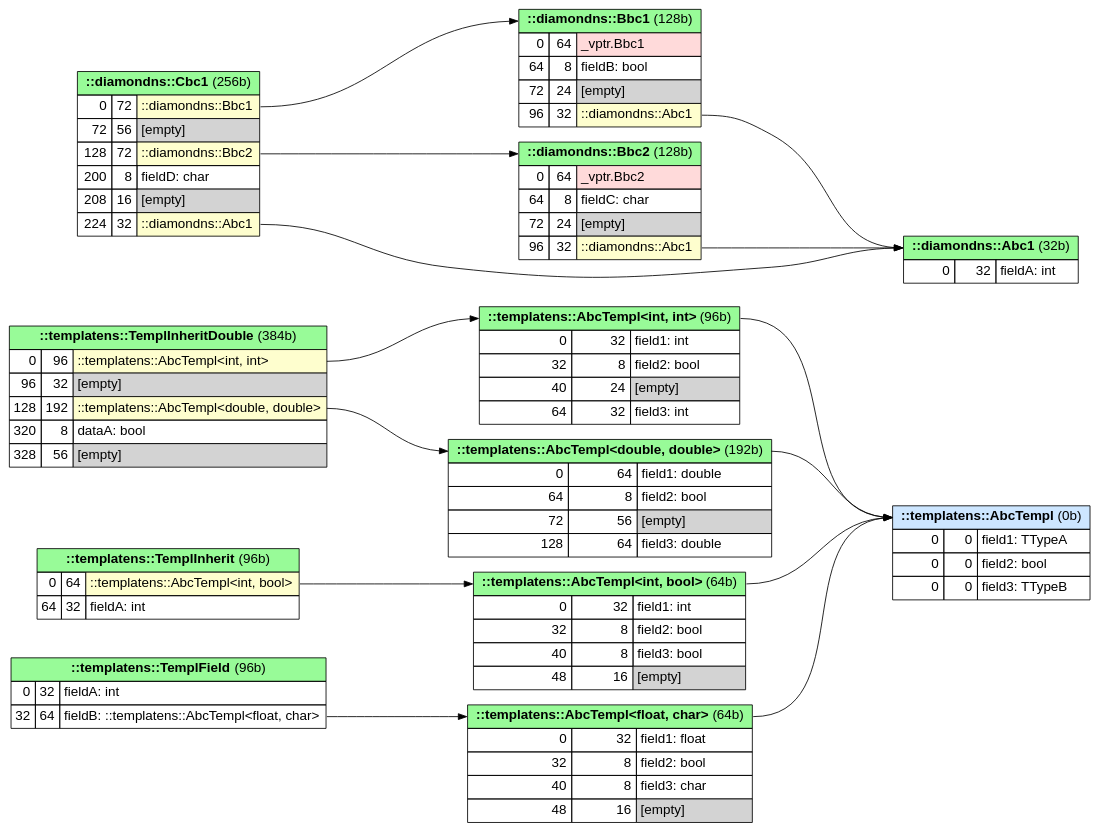
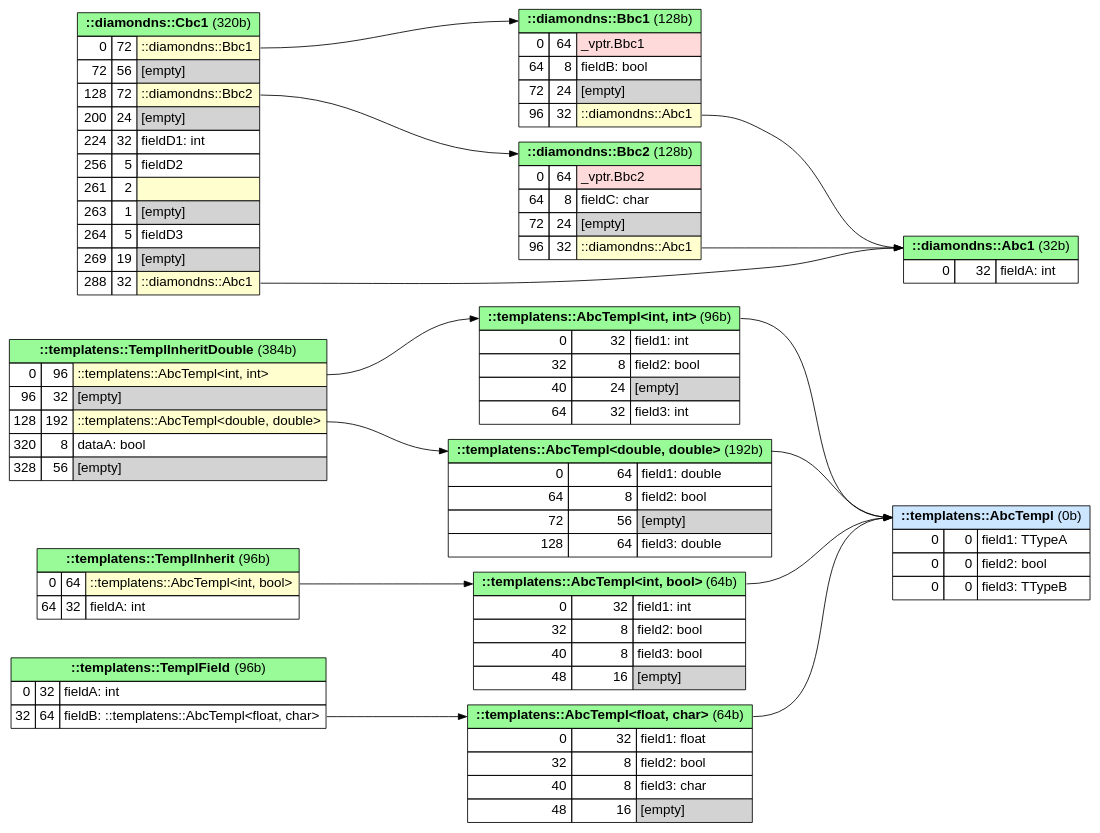
The diagram in examples/memlayout/mem_sample.cpp.dot (anetczuk/gcc-uml), drawn with Graphviz before and after one commit. The commit also changed 11 other files, not shown here.

```diff
--- a/examples/memlayout/mem_sample.cpp.dot
+++ b/examples/memlayout/mem_sample.cpp.dot
@@ -1,177 +1,182 @@
 digraph memory_layout {
 
 fontname="Helvetica,Arial,sans-serif"
 node [fontname="Helvetica,Arial,sans-serif"]
 edge [fontname="Helvetica,Arial,sans-serif"]
 
 graph [
     rankdir = "LR"
 ];
 node [
     fontsize = "16"
     shape = "record"
 ];
 
 ranksep = 2
 
 
 # items subgraph
 {
 
     "-templatens-TemplInheritDouble" [
         shape=plain
         label=
         <<table border="0" cellborder="1" cellspacing="0" cellpadding="4">
             <tr> <td colspan="3" bgcolor="PaleGreen" port='-1'> <b>::templatens::TemplInheritDouble</b>  (384b)</td> </tr>
             <tr> <td align="right" port='in_0'>0</td> <td align="right">96</td> <td align="left" bgcolor='#FEFECE' port='out_0'>::templatens::AbcTempl&lt;int, int&gt;</td> </tr>
             <tr> <td align="right" port='in_1'>96</td> <td align="right">32</td> <td align="left" bgcolor='lightgray' port='out_1'>[empty]</td> </tr>
             <tr> <td align="right" port='in_2'>128</td> <td align="right">192</td> <td align="left" bgcolor='#FEFECE' port='out_2'>::templatens::AbcTempl&lt;double, double&gt;</td> </tr>
             <tr> <td align="right" port='in_3'>320</td> <td align="right">8</td> <td align="left" port='out_3'>dataA: bool</td> </tr>
             <tr> <td align="right" port='in_4'>328</td> <td align="right">56</td> <td align="left" bgcolor='lightgray' port='out_4'>[empty]</td> </tr>
         </table>>
     ]
 
     "-templatens-TemplInherit" [
         shape=plain
         label=
         <<table border="0" cellborder="1" cellspacing="0" cellpadding="4">
             <tr> <td colspan="3" bgcolor="PaleGreen" port='-1'> <b>::templatens::TemplInherit</b>  (96b)</td> </tr>
             <tr> <td align="right" port='in_0'>0</td> <td align="right">64</td> <td align="left" bgcolor='#FEFECE' port='out_0'>::templatens::AbcTempl&lt;int, bool&gt;</td> </tr>
             <tr> <td align="right" port='in_1'>64</td> <td align="right">32</td> <td align="left" port='out_1'>fieldA: int</td> </tr>
         </table>>
     ]
 
     "-templatens-TemplField" [
         shape=plain
         label=
         <<table border="0" cellborder="1" cellspacing="0" cellpadding="4">
             <tr> <td colspan="3" bgcolor="PaleGreen" port='-1'> <b>::templatens::TemplField</b>  (96b)</td> </tr>
             <tr> <td align="right" port='in_0'>0</td> <td align="right">32</td> <td align="left" port='out_0'>fieldA: int</td> </tr>
             <tr> <td align="right" port='in_1'>32</td> <td align="right">64</td> <td align="left" port='out_1'>fieldB: ::templatens::AbcTempl&lt;float, char&gt;</td> </tr>
         </table>>
     ]
 
     "-templatens-AbcTempl" [
         shape=plain
         label=
         <<table border="0" cellborder="1" cellspacing="0" cellpadding="4">
             <tr> <td colspan="3" bgcolor="#cde6ff" port='-1'> <b>::templatens::AbcTempl</b>  (0b)</td> </tr>
             <tr> <td align="right" port='in_0'>0</td> <td align="right">0</td> <td align="left" port='out_0'>field1: TTypeA</td> </tr>
             <tr> <td align="right" port='in_1'>0</td> <td align="right">0</td> <td align="left" port='out_1'>field2: bool</td> </tr>
             <tr> <td align="right" port='in_2'>0</td> <td align="right">0</td> <td align="left" port='out_2'>field3: TTypeB</td> </tr>
         </table>>
     ]
 
     "-templatens-AbcTempl&lt;double, double&gt;" [
         shape=plain
         label=
         <<table border="0" cellborder="1" cellspacing="0" cellpadding="4">
             <tr> <td colspan="3" bgcolor="PaleGreen" port='-1'> <b>::templatens::AbcTempl&lt;double, double&gt;</b>  (192b)</td> </tr>
             <tr> <td align="right" port='in_0'>0</td> <td align="right">64</td> <td align="left" port='out_0'>field1: double</td> </tr>
             <tr> <td align="right" port='in_1'>64</td> <td align="right">8</td> <td align="left" port='out_1'>field2: bool</td> </tr>
             <tr> <td align="right" port='in_2'>72</td> <td align="right">56</td> <td align="left" bgcolor='lightgray' port='out_2'>[empty]</td> </tr>
             <tr> <td align="right" port='in_3'>128</td> <td align="right">64</td> <td align="left" port='out_3'>field3: double</td> </tr>
         </table>>
     ]
 
     "-templatens-AbcTempl&lt;int, int&gt;" [
         shape=plain
         label=
         <<table border="0" cellborder="1" cellspacing="0" cellpadding="4">
             <tr> <td colspan="3" bgcolor="PaleGreen" port='-1'> <b>::templatens::AbcTempl&lt;int, int&gt;</b>  (96b)</td> </tr>
             <tr> <td align="right" port='in_0'>0</td> <td align="right">32</td> <td align="left" port='out_0'>field1: int</td> </tr>
             <tr> <td align="right" port='in_1'>32</td> <td align="right">8</td> <td align="left" port='out_1'>field2: bool</td> </tr>
             <tr> <td align="right" port='in_2'>40</td> <td align="right">24</td> <td align="left" bgcolor='lightgray' port='out_2'>[empty]</td> </tr>
             <tr> <td align="right" port='in_3'>64</td> <td align="right">32</td> <td align="left" port='out_3'>field3: int</td> </tr>
         </table>>
     ]
 
     "-templatens-AbcTempl&lt;int, bool&gt;" [
         shape=plain
         label=
         <<table border="0" cellborder="1" cellspacing="0" cellpadding="4">
             <tr> <td colspan="3" bgcolor="PaleGreen" port='-1'> <b>::templatens::AbcTempl&lt;int, bool&gt;</b>  (64b)</td> </tr>
             <tr> <td align="right" port='in_0'>0</td> <td align="right">32</td> <td align="left" port='out_0'>field1: int</td> </tr>
             <tr> <td align="right" port='in_1'>32</td> <td align="right">8</td> <td align="left" port='out_1'>field2: bool</td> </tr>
             <tr> <td align="right" port='in_2'>40</td> <td align="right">8</td> <td align="left" port='out_2'>field3: bool</td> </tr>
             <tr> <td align="right" port='in_3'>48</td> <td align="right">16</td> <td align="left" bgcolor='lightgray' port='out_3'>[empty]</td> </tr>
         </table>>
     ]
 
     "-templatens-AbcTempl&lt;float, char&gt;" [
         shape=plain
         label=
         <<table border="0" cellborder="1" cellspacing="0" cellpadding="4">
             <tr> <td colspan="3" bgcolor="PaleGreen" port='-1'> <b>::templatens::AbcTempl&lt;float, char&gt;</b>  (64b)</td> </tr>
             <tr> <td align="right" port='in_0'>0</td> <td align="right">32</td> <td align="left" port='out_0'>field1: float</td> </tr>
             <tr> <td align="right" port='in_1'>32</td> <td align="right">8</td> <td align="left" port='out_1'>field2: bool</td> </tr>
             <tr> <td align="right" port='in_2'>40</td> <td align="right">8</td> <td align="left" port='out_2'>field3: char</td> </tr>
             <tr> <td align="right" port='in_3'>48</td> <td align="right">16</td> <td align="left" bgcolor='lightgray' port='out_3'>[empty]</td> </tr>
         </table>>
     ]
 
     "-diamondns-Cbc1" [
         shape=plain
         label=
         <<table border="0" cellborder="1" cellspacing="0" cellpadding="4">
-            <tr> <td colspan="3" bgcolor="PaleGreen" port='-1'> <b>::diamondns::Cbc1</b>  (256b)</td> </tr>
+            <tr> <td colspan="3" bgcolor="PaleGreen" port='-1'> <b>::diamondns::Cbc1</b>  (320b)</td> </tr>
             <tr> <td align="right" port='in_0'>0</td> <td align="right">72</td> <td align="left" bgcolor='#FEFECE' port='out_0'>::diamondns::Bbc1</td> </tr>
             <tr> <td align="right" port='in_1'>72</td> <td align="right">56</td> <td align="left" bgcolor='lightgray' port='out_1'>[empty]</td> </tr>
             <tr> <td align="right" port='in_2'>128</td> <td align="right">72</td> <td align="left" bgcolor='#FEFECE' port='out_2'>::diamondns::Bbc2</td> </tr>
-            <tr> <td align="right" port='in_3'>200</td> <td align="right">8</td> <td align="left" port='out_3'>fieldD: char</td> </tr>
-            <tr> <td align="right" port='in_4'>208</td> <td align="right">16</td> <td align="left" bgcolor='lightgray' port='out_4'>[empty]</td> </tr>
-            <tr> <td align="right" port='in_5'>224</td> <td align="right">32</td> <td align="left" bgcolor='#FEFECE' port='out_5'>::diamondns::Abc1</td> </tr>
+            <tr> <td align="right" port='in_3'>200</td> <td align="right">24</td> <td align="left" bgcolor='lightgray' port='out_3'>[empty]</td> </tr>
+            <tr> <td align="right" port='in_4'>224</td> <td align="right">32</td> <td align="left" port='out_4'>fieldD1: int</td> </tr>
+            <tr> <td align="right" port='in_5'>256</td> <td align="right">5</td> <td align="left" port='out_5'>fieldD2</td> </tr>
+            <tr> <td align="right" port='in_6'>261</td> <td align="right">2</td> <td align="left" bgcolor='#FEFECE' port='out_6'></td> </tr>
+            <tr> <td align="right" port='in_7'>263</td> <td align="right">1</td> <td align="left" bgcolor='lightgray' port='out_7'>[empty]</td> </tr>
+            <tr> <td align="right" port='in_8'>264</td> <td align="right">5</td> <td align="left" port='out_8'>fieldD3</td> </tr>
+            <tr> <td align="right" port='in_9'>269</td> <td align="right">19</td> <td align="left" bgcolor='lightgray' port='out_9'>[empty]</td> </tr>
+            <tr> <td align="right" port='in_10'>288</td> <td align="right">32</td> <td align="left" bgcolor='#FEFECE' port='out_10'>::diamondns::Abc1</td> </tr>
         </table>>
     ]
 
     "-diamondns-Bbc2" [
         shape=plain
         label=
         <<table border="0" cellborder="1" cellspacing="0" cellpadding="4">
             <tr> <td colspan="3" bgcolor="PaleGreen" port='-1'> <b>::diamondns::Bbc2</b>  (128b)</td> </tr>
             <tr> <td align="right" port='in_0'>0</td> <td align="right">64</td> <td align="left" bgcolor='#ffdada' port='out_0'>_vptr.Bbc2</td> </tr>
             <tr> <td align="right" port='in_1'>64</td> <td align="right">8</td> <td align="left" port='out_1'>fieldC: char</td> </tr>
             <tr> <td align="right" port='in_2'>72</td> <td align="right">24</td> <td align="left" bgcolor='lightgray' port='out_2'>[empty]</td> </tr>
             <tr> <td align="right" port='in_3'>96</td> <td align="right">32</td> <td align="left" bgcolor='#FEFECE' port='out_3'>::diamondns::Abc1</td> </tr>
         </table>>
     ]
 
     "-diamondns-Bbc1" [
         shape=plain
         label=
         <<table border="0" cellborder="1" cellspacing="0" cellpadding="4">
             <tr> <td colspan="3" bgcolor="PaleGreen" port='-1'> <b>::diamondns::Bbc1</b>  (128b)</td> </tr>
             <tr> <td align="right" port='in_0'>0</td> <td align="right">64</td> <td align="left" bgcolor='#ffdada' port='out_0'>_vptr.Bbc1</td> </tr>
             <tr> <td align="right" port='in_1'>64</td> <td align="right">8</td> <td align="left" port='out_1'>fieldB: bool</td> </tr>
             <tr> <td align="right" port='in_2'>72</td> <td align="right">24</td> <td align="left" bgcolor='lightgray' port='out_2'>[empty]</td> </tr>
             <tr> <td align="right" port='in_3'>96</td> <td align="right">32</td> <td align="left" bgcolor='#FEFECE' port='out_3'>::diamondns::Abc1</td> </tr>
         </table>>
     ]
 
     "-diamondns-Abc1" [
         shape=plain
         label=
         <<table border="0" cellborder="1" cellspacing="0" cellpadding="4">
             <tr> <td colspan="3" bgcolor="PaleGreen" port='-1'> <b>::diamondns::Abc1</b>  (32b)</td> </tr>
             <tr> <td align="right" port='in_0'>0</td> <td align="right">32</td> <td align="left" port='out_0'>fieldA: int</td> </tr>
         </table>>
     ]
 
 
     "-templatens-TemplInheritDouble":"out_0" -> "-templatens-AbcTempl&lt;int, int&gt;":"-1"
     "-templatens-TemplInheritDouble":"out_2" -> "-templatens-AbcTempl&lt;double, double&gt;":"-1"
     "-templatens-TemplInherit":"out_0" -> "-templatens-AbcTempl&lt;int, bool&gt;":"-1"
     "-templatens-TemplField":"out_1" -> "-templatens-AbcTempl&lt;float, char&gt;":"-1"
     "-templatens-AbcTempl&lt;double, double&gt;":"-1" -> "-templatens-AbcTempl":"-1"
     "-templatens-AbcTempl&lt;int, int&gt;":"-1" -> "-templatens-AbcTempl":"-1"
     "-templatens-AbcTempl&lt;int, bool&gt;":"-1" -> "-templatens-AbcTempl":"-1"
     "-templatens-AbcTempl&lt;float, char&gt;":"-1" -> "-templatens-AbcTempl":"-1"
     "-diamondns-Cbc1":"out_0" -> "-diamondns-Bbc1":"-1"
     "-diamondns-Cbc1":"out_2" -> "-diamondns-Bbc2":"-1"
-    "-diamondns-Cbc1":"out_5" -> "-diamondns-Abc1":"-1"
+    "-diamondns-Cbc1":"out_10" -> "-diamondns-Abc1":"-1"
     "-diamondns-Bbc2":"out_3" -> "-diamondns-Abc1":"-1"
     "-diamondns-Bbc1":"out_3" -> "-diamondns-Abc1":"-1"
 
 }  # end of items subgraph
 
 }  # end of graph
```
